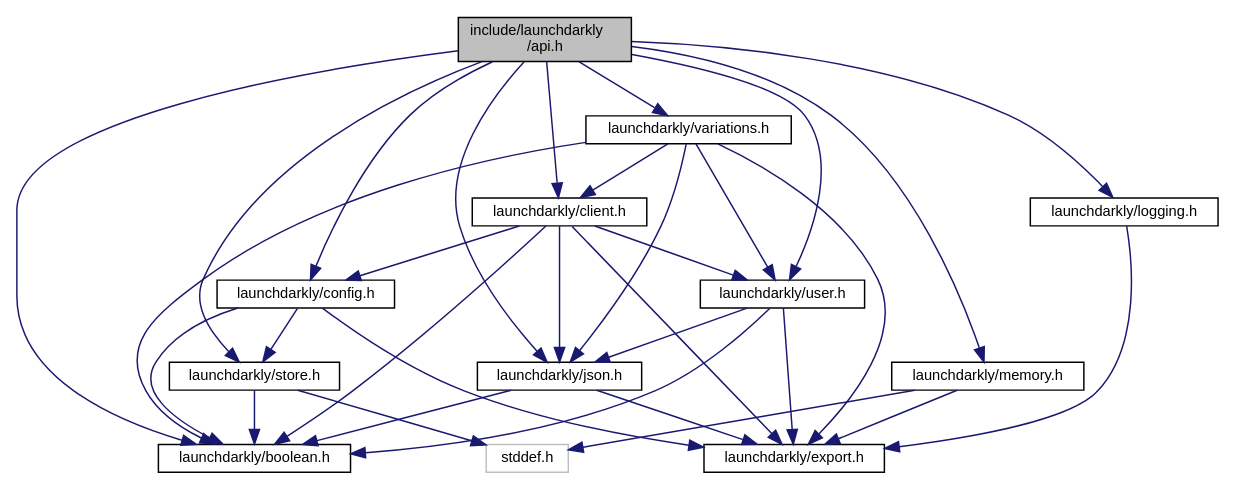
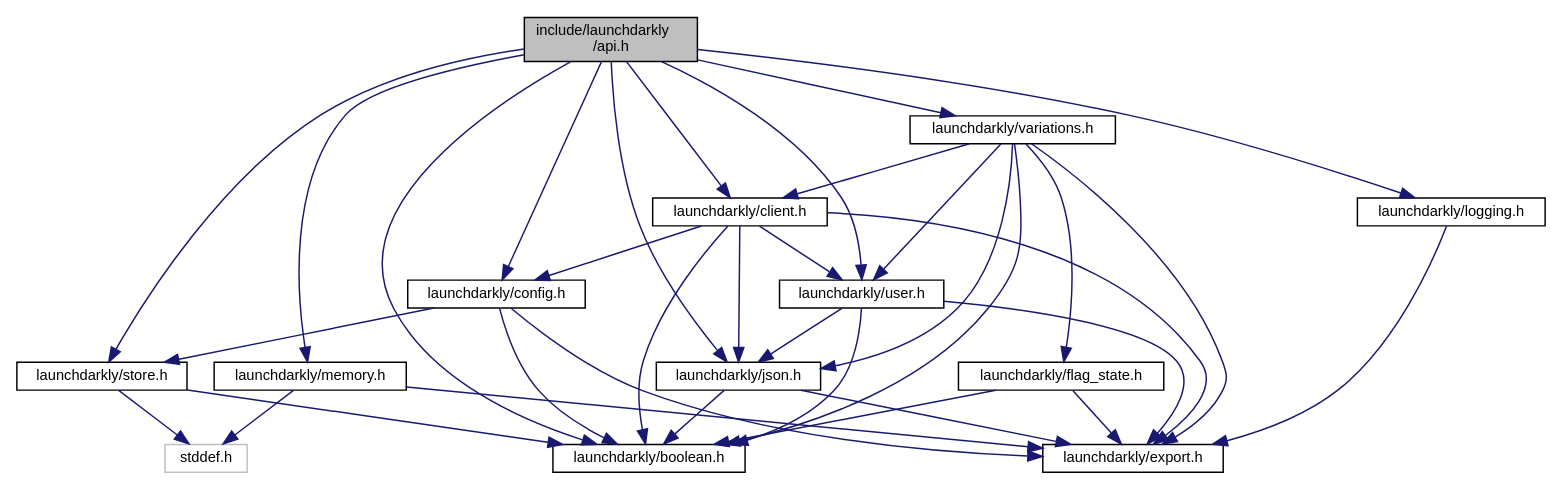
One commit to launchdarkly/c-server-sdk changed the diagram in api_8h__incl.dot. Above: the diagram before and after it, drawn with Graphviz. The commit also changed 55 other files, not shown here.

```diff
--- a/api_8h__incl.dot
+++ b/api_8h__incl.dot
@@ -1,49 +1,53 @@
 digraph "include/launchdarkly/api.h"
 {
   edge [fontname="Helvetica",fontsize="10",labelfontname="Helvetica",labelfontsize="10"];
   node [fontname="Helvetica",fontsize="10",shape=record];
   Node0 [label="include/launchdarkly\l/api.h",height=0.2,width=0.4,color="black", fillcolor="grey75", style="filled", fontcolor="black"];
   Node0 -> Node1 [color="midnightblue",fontsize="10",style="solid",fontname="Helvetica"];
   Node1 [label="launchdarkly/boolean.h",height=0.2,width=0.4,color="black", fillcolor="white", style="filled",URL="$boolean_8h.html",tooltip="A custom c89 boolean type. "];
   Node0 -> Node2 [color="midnightblue",fontsize="10",style="solid",fontname="Helvetica"];
   Node2 [label="launchdarkly/client.h",height=0.2,width=0.4,color="black", fillcolor="white", style="filled",URL="$client_8h.html",tooltip="Public API for Client operations. "];
   Node2 -> Node1 [color="midnightblue",fontsize="10",style="solid",fontname="Helvetica"];
   Node2 -> Node3 [color="midnightblue",fontsize="10",style="solid",fontname="Helvetica"];
   Node3 [label="launchdarkly/config.h",height=0.2,width=0.4,color="black", fillcolor="white", style="filled",URL="$config_8h.html",tooltip="Public API for Configuration. "];
   Node3 -> Node1 [color="midnightblue",fontsize="10",style="solid",fontname="Helvetica"];
   Node3 -> Node4 [color="midnightblue",fontsize="10",style="solid",fontname="Helvetica"];
   Node4 [label="launchdarkly/export.h",height=0.2,width=0.4,color="black", fillcolor="white", style="filled",URL="$export_8h.html",tooltip="Public. Configuration of exported symbols. "];
   Node3 -> Node5 [color="midnightblue",fontsize="10",style="solid",fontname="Helvetica"];
   Node5 [label="launchdarkly/store.h",height=0.2,width=0.4,color="black", fillcolor="white", style="filled",URL="$store_8h.html",tooltip="Public API for Store implementations. "];
   Node5 -> Node6 [color="midnightblue",fontsize="10",style="solid",fontname="Helvetica"];
   Node6 [label="stddef.h",height=0.2,width=0.4,color="grey75", fillcolor="white", style="filled"];
   Node5 -> Node1 [color="midnightblue",fontsize="10",style="solid",fontname="Helvetica"];
   Node2 -> Node4 [color="midnightblue",fontsize="10",style="solid",fontname="Helvetica"];
   Node2 -> Node7 [color="midnightblue",fontsize="10",style="solid",fontname="Helvetica"];
   Node7 [label="launchdarkly/json.h",height=0.2,width=0.4,color="black", fillcolor="white", style="filled",URL="$json_8h.html",tooltip="Public API for JSON usage. "];
   Node7 -> Node1 [color="midnightblue",fontsize="10",style="solid",fontname="Helvetica"];
   Node7 -> Node4 [color="midnightblue",fontsize="10",style="solid",fontname="Helvetica"];
   Node2 -> Node8 [color="midnightblue",fontsize="10",style="solid",fontname="Helvetica"];
   Node8 [label="launchdarkly/user.h",height=0.2,width=0.4,color="black", fillcolor="white", style="filled",URL="$user_8h.html",tooltip="Public API for User construction. "];
   Node8 -> Node1 [color="midnightblue",fontsize="10",style="solid",fontname="Helvetica"];
   Node8 -> Node4 [color="midnightblue",fontsize="10",style="solid",fontname="Helvetica"];
   Node8 -> Node7 [color="midnightblue",fontsize="10",style="solid",fontname="Helvetica"];
   Node0 -> Node3 [color="midnightblue",fontsize="10",style="solid",fontname="Helvetica"];
   Node0 -> Node7 [color="midnightblue",fontsize="10",style="solid",fontname="Helvetica"];
   Node0 -> Node9 [color="midnightblue",fontsize="10",style="solid",fontname="Helvetica"];
   Node9 [label="launchdarkly/logging.h",height=0.2,width=0.4,color="black", fillcolor="white", style="filled",URL="$logging_8h.html",tooltip="Public API for Logging. "];
   Node9 -> Node4 [color="midnightblue",fontsize="10",style="solid",fontname="Helvetica"];
   Node0 -> Node10 [color="midnightblue",fontsize="10",style="solid",fontname="Helvetica"];
   Node10 [label="launchdarkly/memory.h",height=0.2,width=0.4,color="black", fillcolor="white", style="filled",URL="$memory_8h.html",tooltip="Public API. Operations for managing memory. "];
   Node10 -> Node6 [color="midnightblue",fontsize="10",style="solid",fontname="Helvetica"];
   Node10 -> Node4 [color="midnightblue",fontsize="10",style="solid",fontname="Helvetica"];
   Node0 -> Node5 [color="midnightblue",fontsize="10",style="solid",fontname="Helvetica"];
   Node0 -> Node8 [color="midnightblue",fontsize="10",style="solid",fontname="Helvetica"];
   Node0 -> Node11 [color="midnightblue",fontsize="10",style="solid",fontname="Helvetica"];
   Node11 [label="launchdarkly/variations.h",height=0.2,width=0.4,color="black", fillcolor="white", style="filled",URL="$variations_8h.html",tooltip="Public API for evaluation variations. "];
   Node11 -> Node1 [color="midnightblue",fontsize="10",style="solid",fontname="Helvetica"];
   Node11 -> Node2 [color="midnightblue",fontsize="10",style="solid",fontname="Helvetica"];
   Node11 -> Node4 [color="midnightblue",fontsize="10",style="solid",fontname="Helvetica"];
   Node11 -> Node7 [color="midnightblue",fontsize="10",style="solid",fontname="Helvetica"];
   Node11 -> Node8 [color="midnightblue",fontsize="10",style="solid",fontname="Helvetica"];
+  Node11 -> Node12 [color="midnightblue",fontsize="10",style="solid",fontname="Helvetica"];
+  Node12 [label="launchdarkly/flag_state.h",height=0.2,width=0.4,color="black", fillcolor="white", style="filled",URL="$flag__state_8h.html",tooltip="Public API associated with LDAllFlagsState. "];
+  Node12 -> Node1 [color="midnightblue",fontsize="10",style="solid",fontname="Helvetica"];
+  Node12 -> Node4 [color="midnightblue",fontsize="10",style="solid",fontname="Helvetica"];
 }
```
